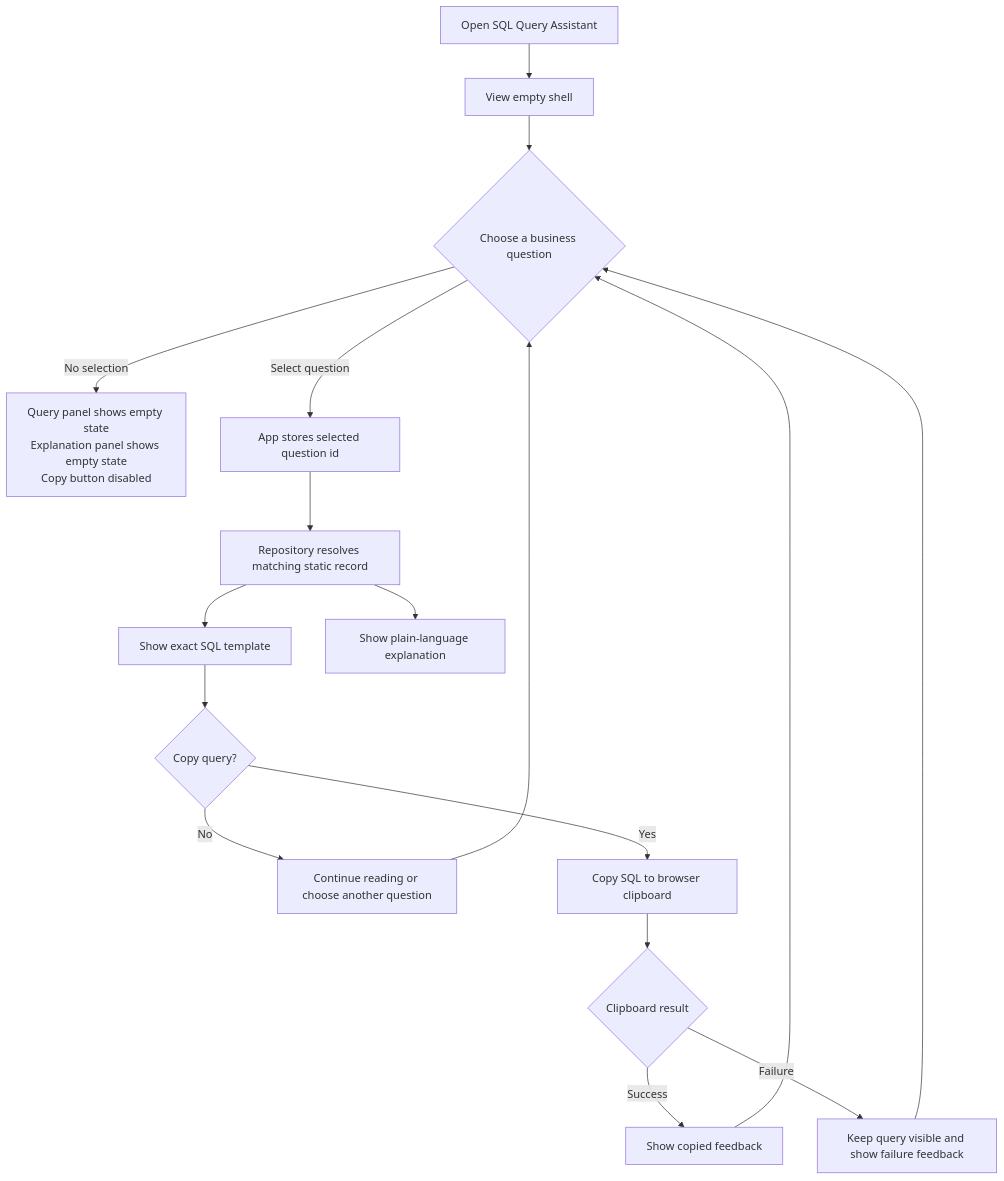
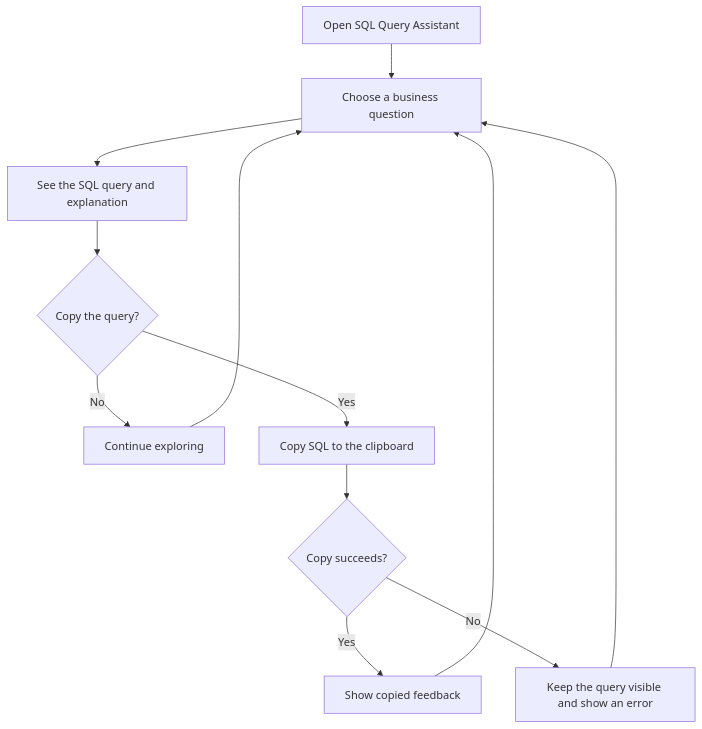
One commit to ananthav93/capstone-anantha-SQL-Query-Assistant changed the first of 4 diagrams in docs/architecture.md. Above: the diagram before and after it, drawn with Mermaid. The commit also changed other lines of this file, not shown here.

Commit message:
Fix Mermaid diagrams and simplify user flow

````diff
--- a/docs/architecture.md
+++ b/docs/architecture.md
@@ -37,19 +37,14 @@
 ```mermaid
 flowchart TD
-    A[Open SQL Query Assistant] --> B[View empty shell]
-    B --> C{Choose a business question}
-    C -->|No selection| D[Query panel shows empty state<br/>Explanation panel shows empty state<br/>Copy button disabled]
-    C -->|Select question| E[App stores selected question id]
-    E --> F[Repository resolves matching static record]
-    F --> G[Show exact SQL template]
-    F --> H[Show plain-language explanation]
-    G --> I{Copy query?}
-    I -->|No| J[Continue reading or choose another question]
-    I -->|Yes| K[Copy SQL to browser clipboard]
-    K --> L{Clipboard result}
-    L -->|Success| M[Show copied feedback]
-    L -->|Failure| N[Keep query visible and show failure feedback]
-    J --> C
-    M --> C
-    N --> C
+    A[Open SQL Query Assistant] --> B[Choose a business question]
+    B --> C[See the SQL query and explanation]
+    C --> D{Copy the query?}
+    D -->|No| E[Continue exploring]
+    D -->|Yes| F[Copy SQL to the clipboard]
+    F --> G{Copy succeeds?}
+    G -->|Yes| H[Show copied feedback]
+    G -->|No| I[Keep the query visible and show an error]
+    E --> B
+    H --> B
+    I --> B
 ```
````
